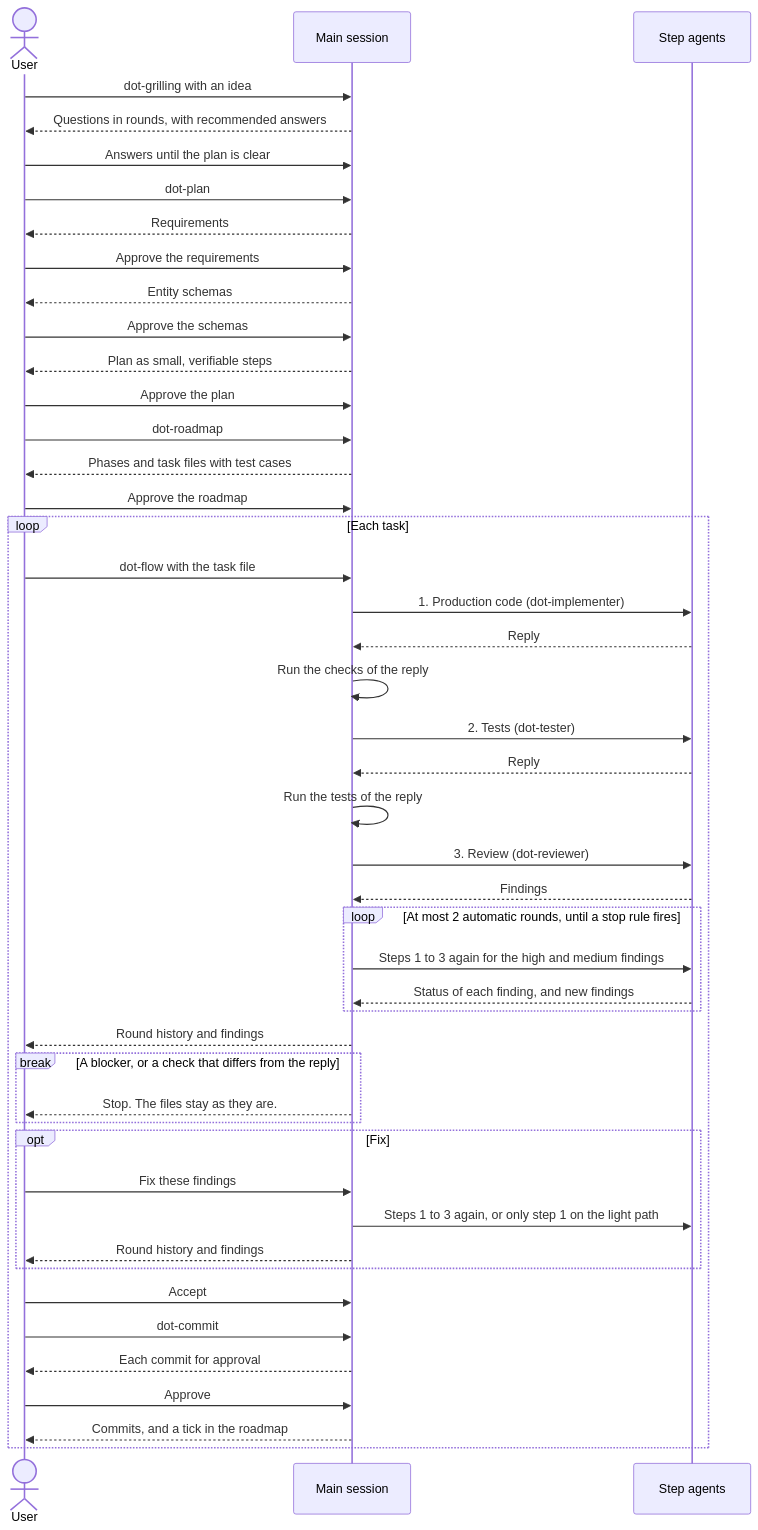
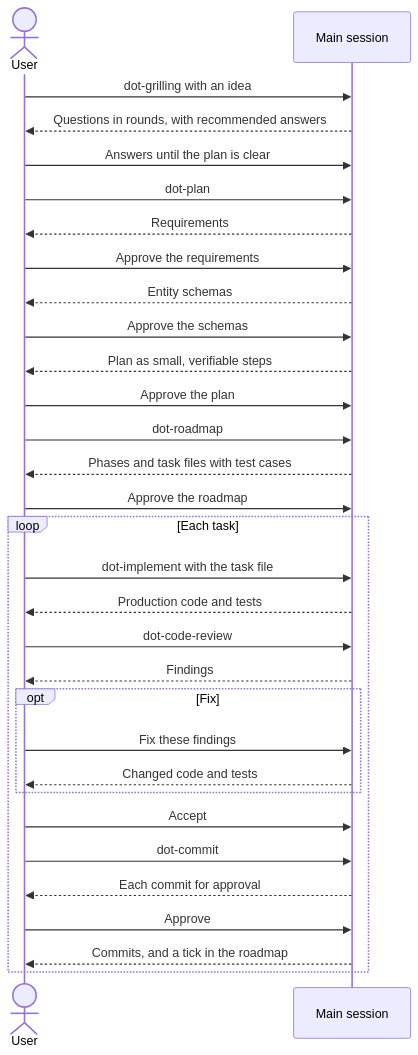
Before and after one commit to igorlau/dotagents: the diagram in README.md, drawn with Mermaid. The commit also changed other lines of this file and 38 other files, not shown here.

First line of the commit message:
feat!: remove Codex support and dot-flow

````diff
--- a/README.md
+++ b/README.md
@@ -85,48 +85,33 @@
 ```mermaid
 sequenceDiagram
     actor User
     participant Main as Main session
-    participant Agents as Step agents
     User->>Main: dot-grilling with an idea
     Main-->>User: Questions in rounds, with recommended answers
     User->>Main: Answers until the plan is clear
     User->>Main: dot-plan
     Main-->>User: Requirements
     User->>Main: Approve the requirements
     Main-->>User: Entity schemas
     User->>Main: Approve the schemas
     Main-->>User: Plan as small, verifiable steps
     User->>Main: Approve the plan
     User->>Main: dot-roadmap
     Main-->>User: Phases and task files with test cases
     User->>Main: Approve the roadmap
     loop Each task
-        User->>Main: dot-flow with the task file
-        Main->>Agents: 1. Production code (dot-implementer)
-        Agents-->>Main: Reply
-        Main->>Main: Run the checks of the reply
-        Main->>Agents: 2. Tests (dot-tester)
-        Agents-->>Main: Reply
-        Main->>Main: Run the tests of the reply
-        Main->>Agents: 3. Review (dot-reviewer)
-        Agents-->>Main: Findings
-        loop At most 2 automatic rounds, until a stop rule fires
-            Main->>Agents: Steps 1 to 3 again for the high and medium findings
-            Agents-->>Main: Status of each finding, and new findings
-        end
-        Main-->>User: Round history and findings
-        break A blocker, or a check that differs from the reply
-            Main-->>User: Stop. The files stay as they are.
-        end
+        User->>Main: dot-implement with the task file
+        Main-->>User: Production code and tests
+        User->>Main: dot-code-review
+        Main-->>User: Findings
         opt Fix
             User->>Main: Fix these findings
-            Main->>Agents: Steps 1 to 3 again, or only step 1 on the light path
-            Main-->>User: Round history and findings
+            Main-->>User: Changed code and tests
         end
         User->>Main: Accept
         User->>Main: dot-commit
         Main-->>User: Each commit for approval
         User->>Main: Approve
         Main-->>User: Commits, and a tick in the roadmap
     end
 ```
````
